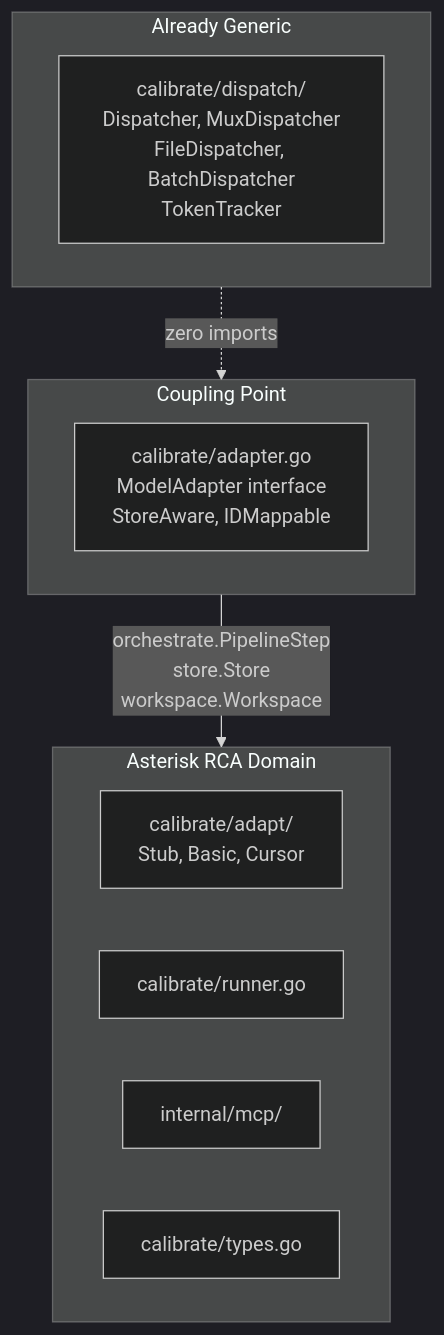
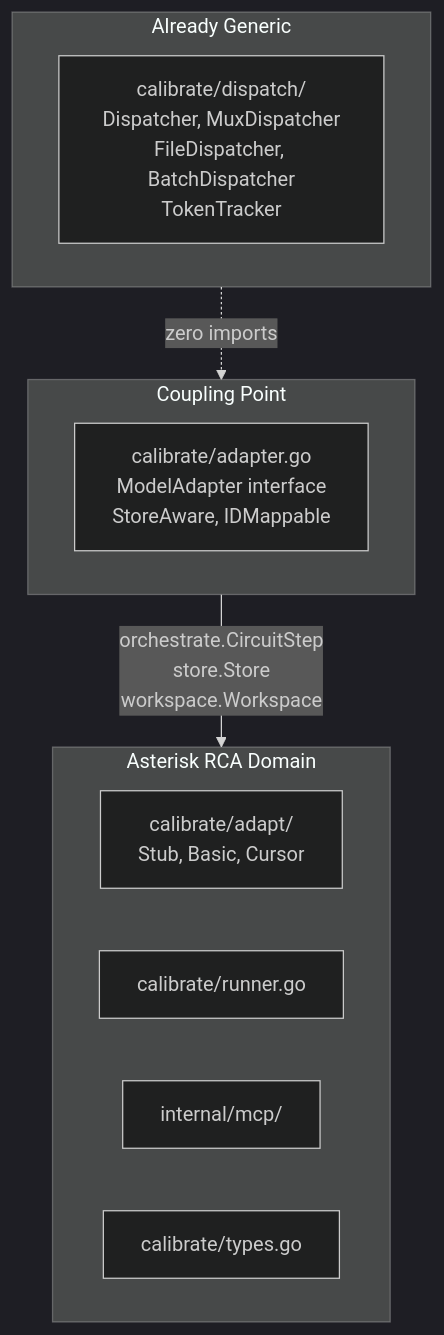
The first of 2 diagrams in .cursor/contracts/completed/framework/agentmux-decoupling.md (dpopsuev/origami), drawn with Mermaid (dark theme) before and after one commit. The commit also changed other lines of this file and 315 other files, not shown here.

````diff
--- a/.cursor/contracts/completed/framework/agentmux-decoupling.md
+++ b/.cursor/contracts/completed/framework/agentmux-decoupling.md
@@ -20,20 +20,20 @@
 ```mermaid
 flowchart TD
     subgraph generic ["Already Generic"]
         Dispatch["calibrate/dispatch/\nDispatcher, MuxDispatcher\nFileDispatcher, BatchDispatcher\nTokenTracker"]
     end
 
     subgraph boundary ["Coupling Point"]
         AdapterIface["calibrate/adapter.go\nModelAdapter interface\nStoreAware, IDMappable"]
     end
 
     subgraph domain_pkg ["Asterisk RCA Domain"]
         Adapt["calibrate/adapt/\nStub, Basic, Cursor"]
         Runner["calibrate/runner.go"]
         MCP["internal/mcp/"]
         Types["calibrate/types.go"]
     end
 
     generic -.->|"zero imports"| boundary
-    boundary -->|"orchestrate.PipelineStep\nstore.Store\nworkspace.Workspace"| domain_pkg
+    boundary -->|"orchestrate.CircuitStep\nstore.Store\nworkspace.Workspace"| domain_pkg
 ```
````
